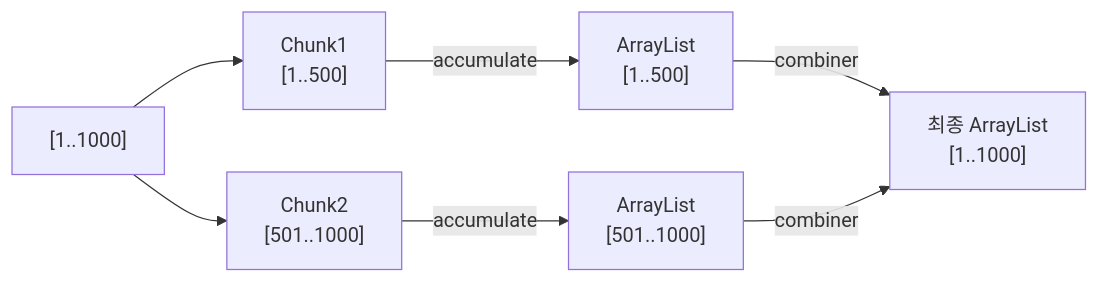
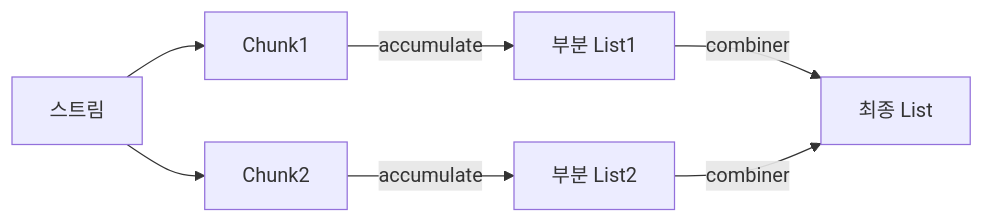
Before and after one commit to yjkim2015/yjkim2015.github.io: the fourth of 4 diagrams in _posts/java/2026-05-01-java-stream.md, drawn with Mermaid. The commit also changed other lines of this file and 245 other files, not shown here.

First line of the commit message:
Mermaid 다이어그램 전면 수정 + 면접 포인트 접기/펼치기 + DB 데드락 페이지

````diff
--- a/_posts/java/2026-05-01-java-stream.md
+++ b/_posts/java/2026-05-01-java-stream.md
@@ -555,9 +553,9 @@
 ```mermaid
 graph LR
-  S["[1..1000]"] --> C1["Chunk1<br/>[1..500]"]
-  S --> C2["Chunk2<br/>[501..1000]"]
-  C1 -->|"accumulate"| A1["ArrayList<br/>[1..500]"]
-  C2 -->|"accumulate"| A2["ArrayList<br/>[501..1000]"]
-  A1 -->|"combiner"| R["최종 ArrayList<br/>[1..1000]"]
+  S["스트림"] --> C1["Chunk1"]
+  S --> C2["Chunk2"]
+  C1 -->|"accumulate"| A1["부분 List1"]
+  C2 -->|"accumulate"| A2["부분 List2"]
+  A1 -->|"combiner"| R["최종 List"]
   A2 -->|"combiner"| R
 ```
````
